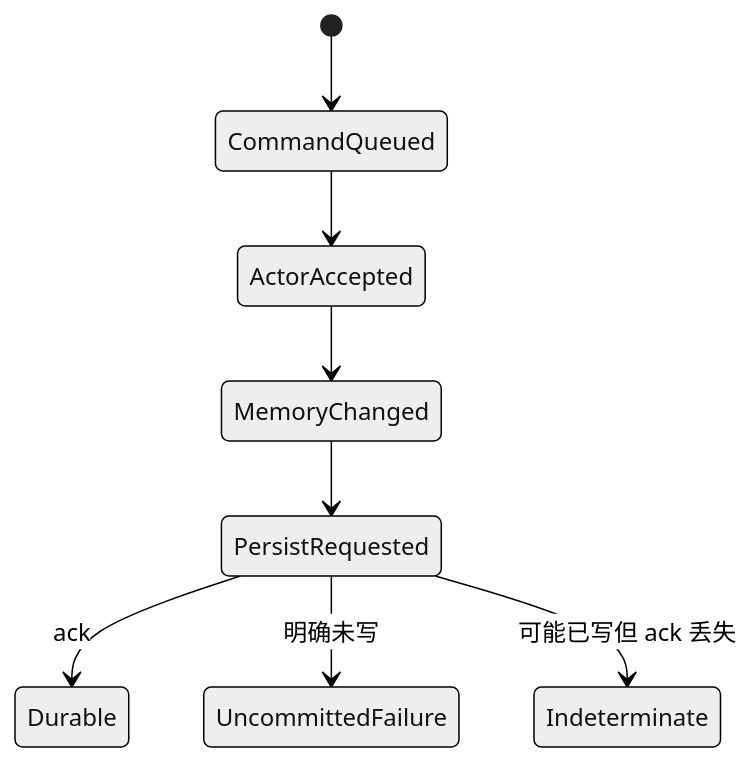
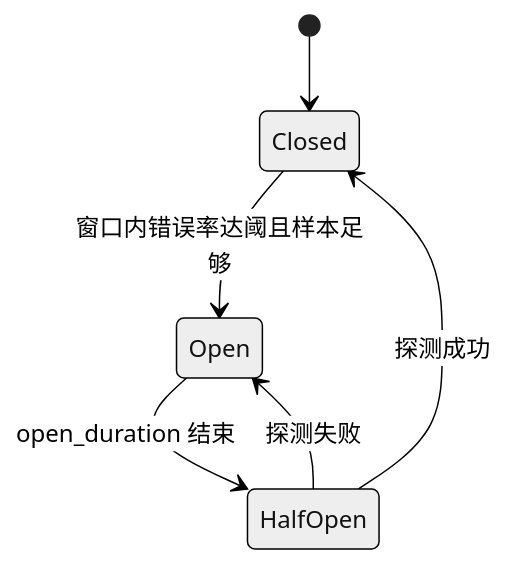
The eighth of 12 diagrams in docs/adrian/sourceReader/可靠性与通用技术实现说明书.md (adrian9778/grok-build), drawn with Mermaid (neutral theme) before and after one commit. The commit also changed other lines of this file and 41 other files, not shown here.

````diff
--- a/docs/adrian/sourceReader/可靠性与通用技术实现说明书.md
+++ b/docs/adrian/sourceReader/可靠性与通用技术实现说明书.md
@@ -96,10 +361,8 @@
 ```mermaid
 stateDiagram-v2
-    [*] --> CommandQueued
-    CommandQueued --> ActorAccepted
-    ActorAccepted --> MemoryChanged
-    MemoryChanged --> PersistRequested
-    PersistRequested --> Durable: ack
-    PersistRequested --> UncommittedFailure: 明确未写
-    PersistRequested --> Indeterminate: 可能已写但 ack 丢失
+    [*] --> Closed
+    Closed --> Open: 窗口内错误率达阈且样本足够
+    Open --> HalfOpen: open_duration 结束
+    HalfOpen --> Closed: 探测成功
+    HalfOpen --> Open: 探测失败
 ```
````
